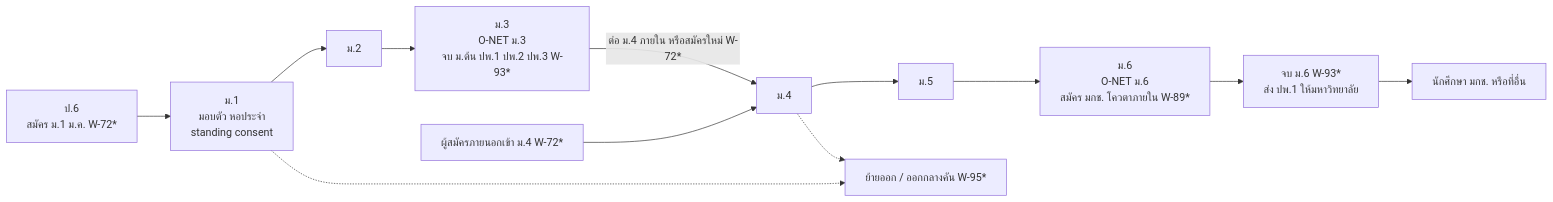
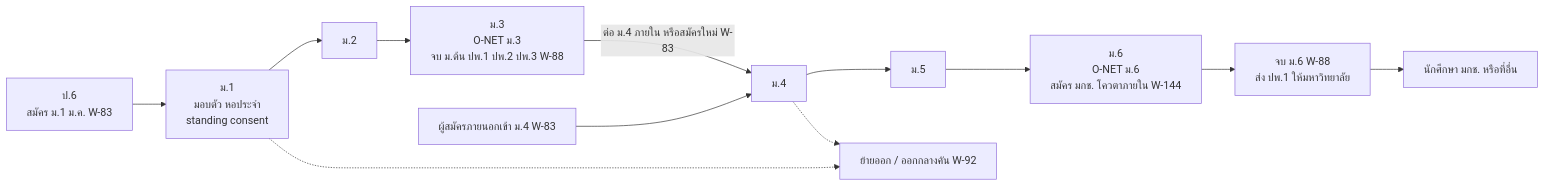
Before and after one commit to Ruttanachote/Ai: the fourth of 4 diagrams in tnsu-system/docs/02-student-journey.md, drawn with Mermaid. The commit also changed other lines of this file and 5 other files, not shown here.

````diff
--- a/tnsu-system/docs/02-student-journey.md
+++ b/tnsu-system/docs/02-student-journey.md
@@ -1017,12 +1017,12 @@
 ```mermaid
 flowchart LR
-  P6["ป.6<br/>สมัคร ม.1 ม.ค. W-72*"] --> M1["ม.1<br/>มอบตัว หอประจำ<br/>standing consent"]
-  M1 --> M2["ม.2"] --> M3["ม.3<br/>O-NET ม.3<br/>จบ ม.ต้น ปพ.1 ปพ.2 ปพ.3 W-93*"]
-  M3 -->|"ต่อ ม.4 ภายใน หรือสมัครใหม่ W-72*"| M4["ม.4"]
-  OUT["ผู้สมัครภายนอกเข้า ม.4 W-72*"] --> M4
-  M4 --> M5["ม.5"] --> M6["ม.6<br/>O-NET ม.6<br/>สมัคร มกช. โควตาภายใน W-89*"]
-  M6 --> GR6["จบ ม.6 W-93*<br/>ส่ง ปพ.1 ให้มหาวิทยาลัย"]
+  P6["ป.6<br/>สมัคร ม.1 ม.ค. W-83"] --> M1["ม.1<br/>มอบตัว หอประจำ<br/>standing consent"]
+  M1 --> M2["ม.2"] --> M3["ม.3<br/>O-NET ม.3<br/>จบ ม.ต้น ปพ.1 ปพ.2 ปพ.3 W-88"]
+  M3 -->|"ต่อ ม.4 ภายใน หรือสมัครใหม่ W-83"| M4["ม.4"]
+  OUT["ผู้สมัครภายนอกเข้า ม.4 W-83"] --> M4
+  M4 --> M5["ม.5"] --> M6["ม.6<br/>O-NET ม.6<br/>สมัคร มกช. โควตาภายใน W-144"]
+  M6 --> GR6["จบ ม.6 W-88<br/>ส่ง ปพ.1 ให้มหาวิทยาลัย"]
   GR6 --> UNI["นักศึกษา มกช. หรือที่อื่น"]
-  M1 -.-> TX["ย้ายออก / ออกกลางคัน W-95*"]
+  M1 -.-> TX["ย้ายออก / ออกกลางคัน W-92"]
   M4 -.-> TX
 ```
````
